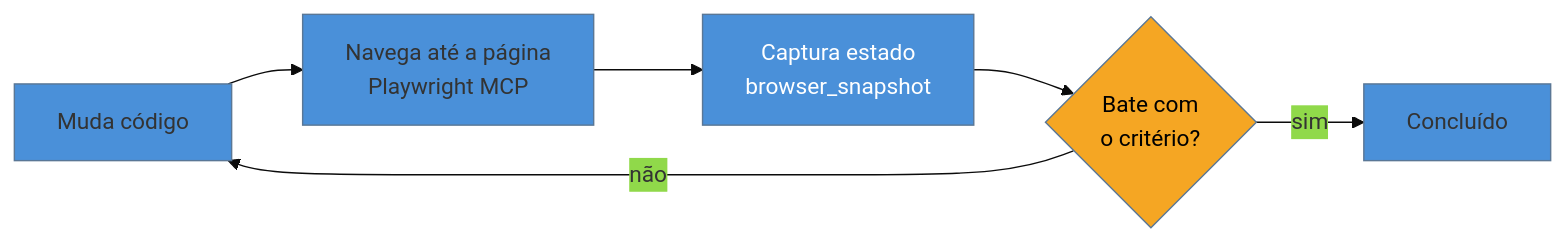
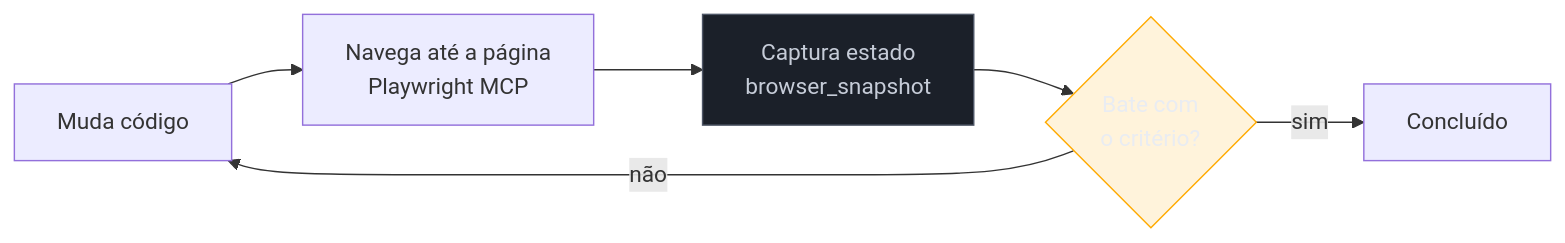
Before and after one commit to josenaldo/codex-technomanticus: the diagram in 03-Dominios/Tecnologia/Ferramentas de Design/09 - Loop visual com Playwright MCP e visual regression.md, drawn with Mermaid. The commit also changed 1181 other files, not shown here.

First line of the commit message:
fix(diagramas): paleta do sistema no lugar de cor cravada no markdown

````diff
--- a/03-Dominios/Tecnologia/Ferramentas de Design/09 - Loop visual com Playwright MCP e visual regression.md
+++ b/03-Dominios/Tecnologia/Ferramentas de Design/09 - Loop visual com Playwright MCP e visual regression.md
@@ -31,11 +31,12 @@
 ```mermaid
-%%{init: {"theme": "base", "themeVariables": {"primaryColor": "#4A90D9"}}}%%
 graph LR
+    classDef neutro fill:#1B2029,stroke:#4E5666,color:#C6CCD8
+    classDef destaque fill:#FFAA0024,stroke:#FFAA00,color:#E9ECF2
     C["Muda código"] --> N["Navega até a página<br/>Playwright MCP"]
     N --> S["Captura estado<br/>browser_snapshot"]
     S --> A{"Bate com<br/>o critério?"}
     A -->|não| C
     A -->|sim| DONE["Concluído"]
-    style S fill:#4A90D9,color:#fff
-    style A fill:#F5A623,color:#000
+    class S neutro
+    class A destaque
 ```
````
